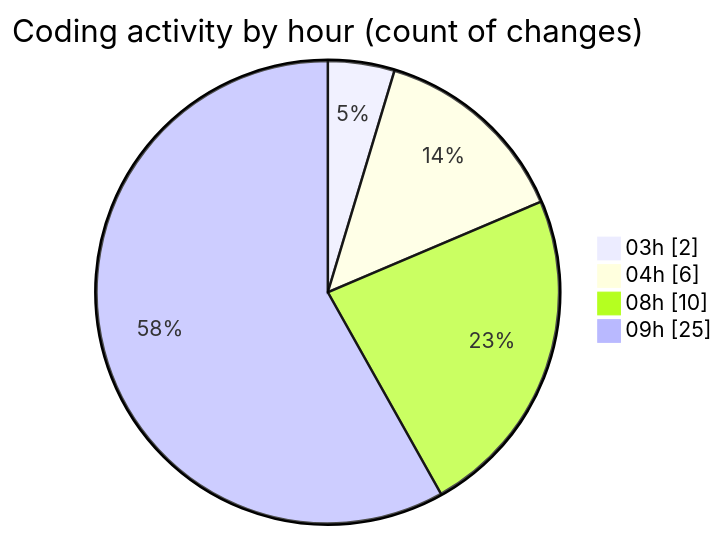
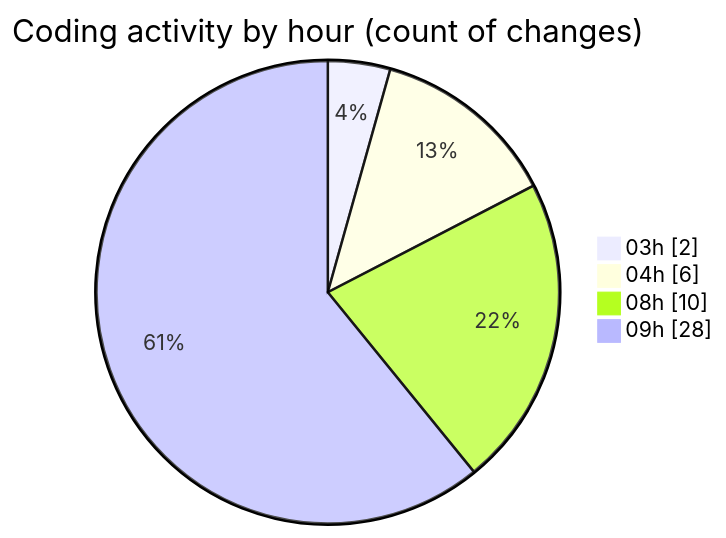
One commit to tmsrecording-cyber/code-tracking changed the second of 2 diagrams in 2026-02-07/singularitybrainai/README.md. Above: the diagram before and after it, drawn with Mermaid. The commit also changed other lines of this file and 1 other file, not shown here.

````diff
--- a/2026-02-07/singularitybrainai/README.md
+++ b/2026-02-07/singularitybrainai/README.md
@@ -47,8 +48,8 @@
 ```mermaid
 pie showData
 title Coding activity by hour (count of changes)
 "03h" : 2
 "04h" : 6
 "08h" : 10
-"09h" : 25
+"09h" : 28
 ```
````
